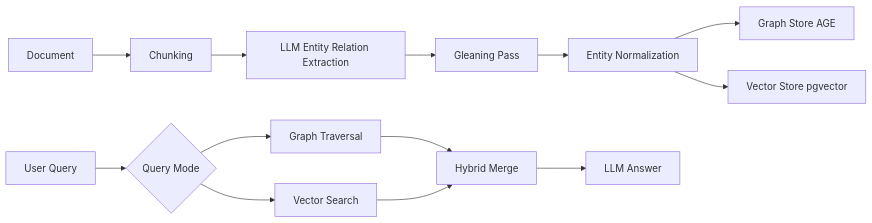
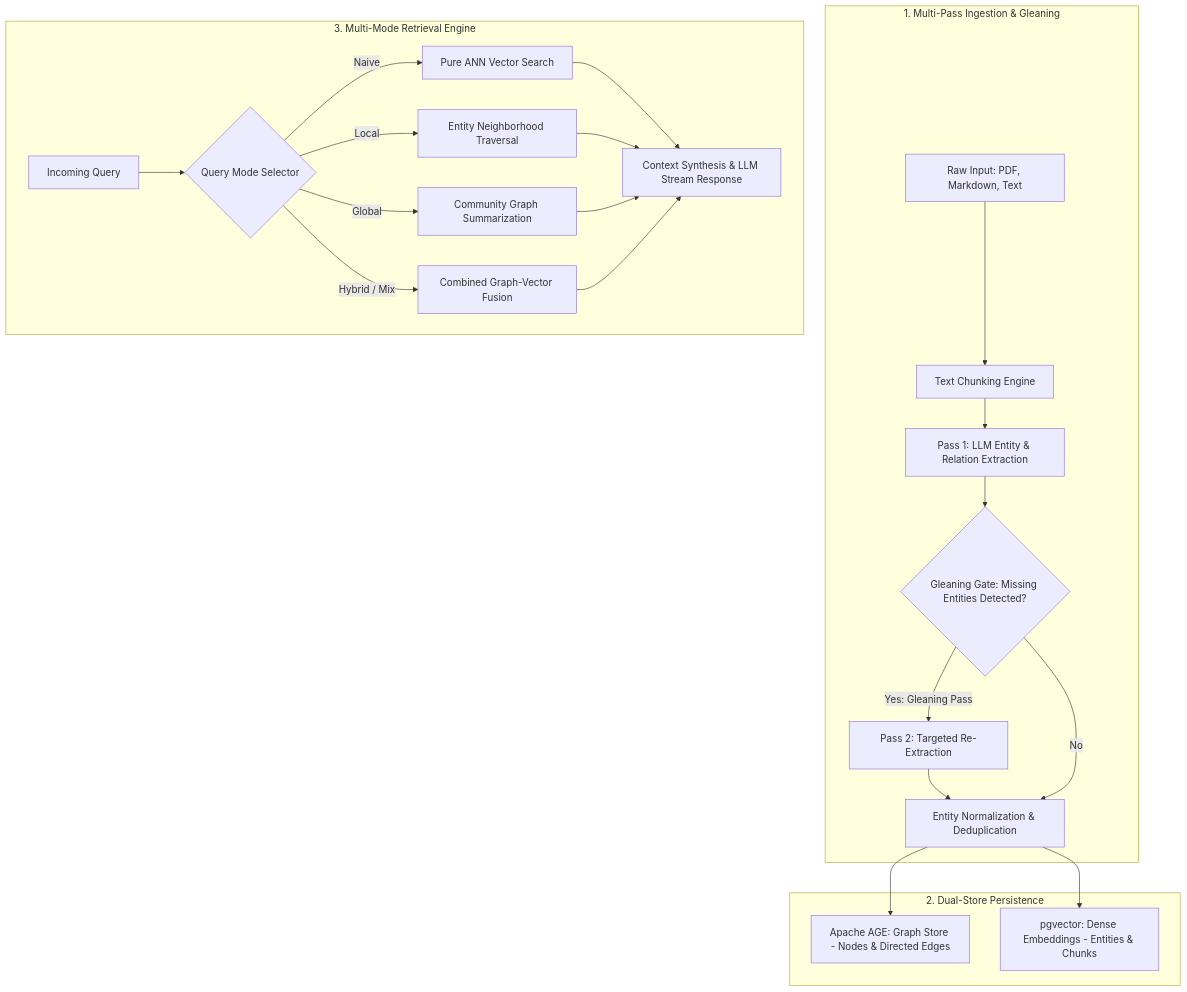
The first of 2 diagrams in _posts/2026/02/2026-02-12-edgequake-graph-rag-rust.md (akillness/akillness.github.io), drawn with Mermaid before and after one commit. The commit also changed other lines of this file and 1 other file, not shown here.

Commit message:
archive(dev): rebuild edgequake-graph-rag-rust from 2026-02 note

````diff
--- a/_posts/2026/02/2026-02-12-edgequake-graph-rag-rust.md
+++ b/_posts/2026/02/2026-02-12-edgequake-graph-rag-rust.md
@@ -83,15 +38,25 @@
 ```mermaid
-flowchart LR
-  A[Document] --> B[Chunking]
-  B --> C[LLM Entity Relation Extraction]
-  C --> D[Gleaning Pass]
-  D --> E[Entity Normalization]
-  E --> F[Graph Store AGE]
-  E --> G[Vector Store pgvector]
-  H[User Query] --> I{Query Mode}
-  I --> J[Graph Traversal]
-  I --> K[Vector Search]
-  J --> L[Hybrid Merge]
-  K --> L
-  L --> M[LLM Answer]
+flowchart TD
+    subgraph IngestionStage["1. Multi-Pass Ingestion & Gleaning"]
+        A[Raw Input: PDF, Markdown, Text] --> B[Text Chunking Engine]
+        B --> C[Pass 1: LLM Entity & Relation Extraction]
+        C --> D{Gleaning Gate: Missing Entities Detected?}
+        D -->|Yes: Gleaning Pass| E[Pass 2: Targeted Re-Extraction]
+        E --> F[Entity Normalization & Deduplication]
+        D -->|No| F
+    end
+
+    subgraph StorageStage["2. Dual-Store Persistence"]
+        F --> G1[Apache AGE: Graph Store - Nodes & Directed Edges]
+        F --> G2[pgvector: Dense Embeddings - Entities & Chunks]
+    end
+
+    subgraph QueryStage["3. Multi-Mode Retrieval Engine"]
+        H[Incoming Query] --> I{Query Mode Selector}
+        I -->|Naive| J1[Pure ANN Vector Search]
+        I -->|Local| J2[Entity Neighborhood Traversal]
+        I -->|Global| J3[Community Graph Summarization]
+        I -->|Hybrid / Mix| J4[Combined Graph-Vector Fusion]
+        J1 & J2 & J3 & J4 --> K[Context Synthesis & LLM Stream Response]
+    end
 ```
````
